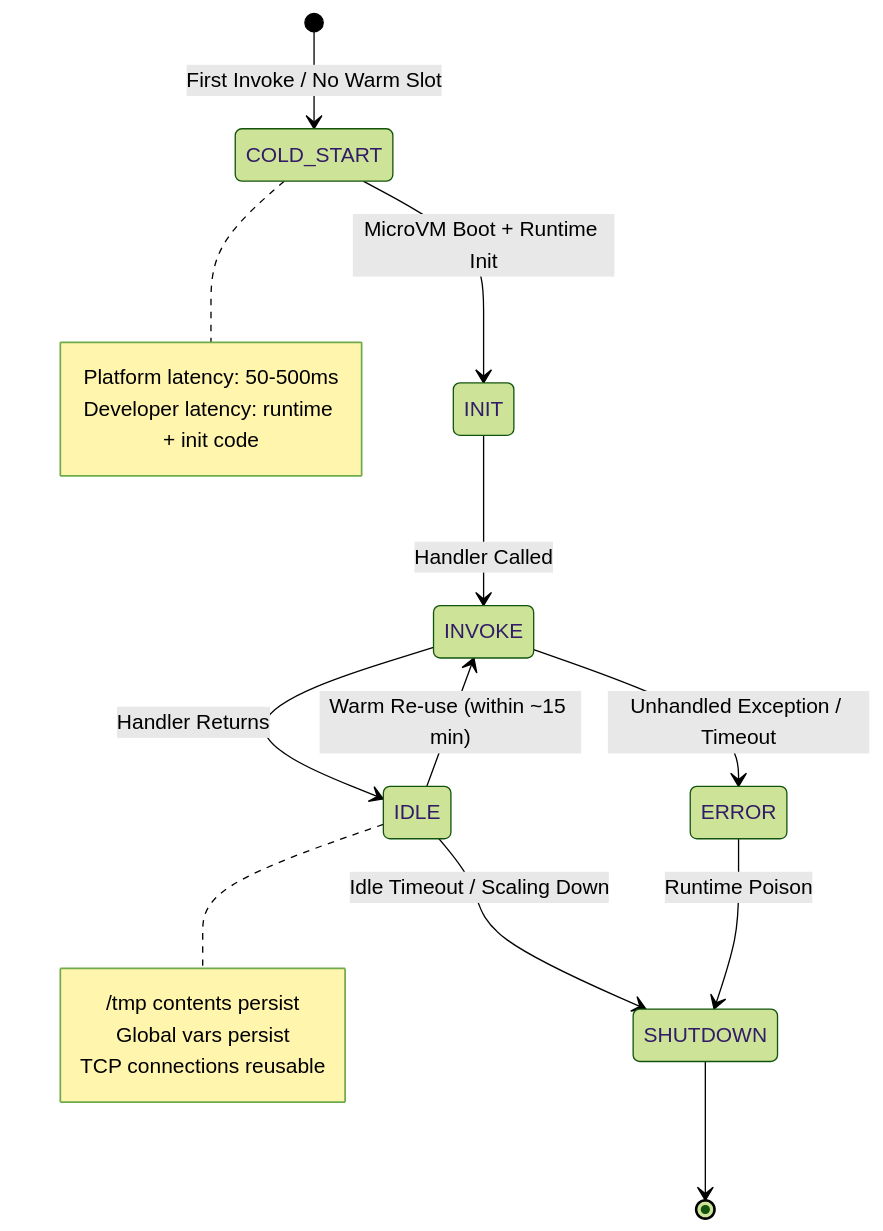
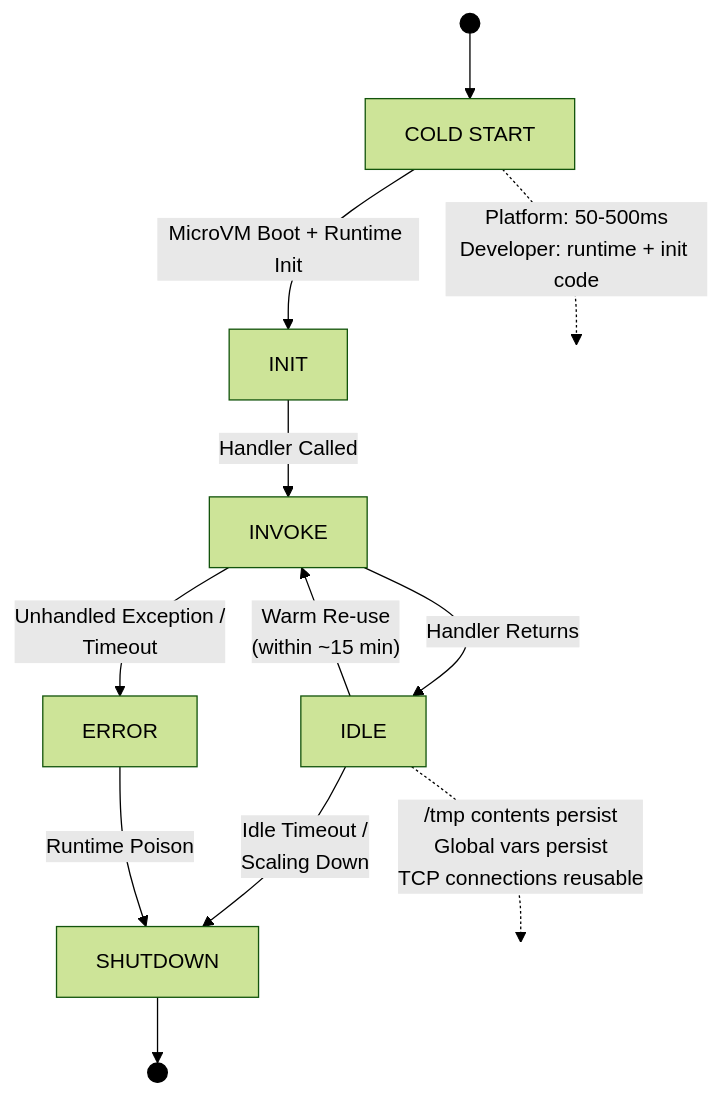
Before and after one commit to blebleblee/synapse: the second of 8 diagrams in topics/computing/infrastructure/cloud_native/lesson_05_serverless_architectures.md, drawn with Mermaid (forest theme). The commit also changed other lines of this file and 1464 other files, not shown here.

Commit message:
feat(release): curriculum vector mermaid upgrade, render hardening, and master synpack

````diff
--- a/topics/computing/infrastructure/cloud_native/lesson_05_serverless_architectures.md
+++ b/topics/computing/infrastructure/cloud_native/lesson_05_serverless_architectures.md
@@ -87,23 +87,20 @@
 ```mermaid
-stateDiagram-v2
-    [*] --> COLD_START : First Invoke / No Warm Slot
-    COLD_START --> INIT : MicroVM Boot + Runtime Init
-    INIT --> INVOKE : Handler Called
-    INVOKE --> IDLE : Handler Returns
-    IDLE --> INVOKE : Warm Re-use (within ~15 min)
-    IDLE --> SHUTDOWN : Idle Timeout / Scaling Down
-    INVOKE --> ERROR : Unhandled Exception / Timeout
-    ERROR --> SHUTDOWN : Runtime Poison
-    SHUTDOWN --> [*]
+flowchart TD
+    START((" ")) --> COLD_START["COLD START"]
+    COLD_START -->|"MicroVM Boot + Runtime Init"| INIT["INIT"]
+    INIT -->|"Handler Called"| INVOKE["INVOKE"]
+    INVOKE -->|"Handler Returns"| IDLE["IDLE"]
+    IDLE -->|"Warm Re-use<br/>(within ~15 min)"| INVOKE
+    IDLE -->|"Idle Timeout /<br/>Scaling Down"| SHUTDOWN["SHUTDOWN"]
+    INVOKE -->|"Unhandled Exception /<br/>Timeout"| ERROR["ERROR"]
+    ERROR -->|"Runtime Poison"| SHUTDOWN
+    SHUTDOWN --> END((" "))
 
-    note right of COLD_START
-        Platform latency: 50-500ms
-        Developer latency: runtime + init code
-    end note
-
-    note right of IDLE
-        /tmp contents persist
-        Global vars persist
-        TCP connections reusable
-    end note
+    COLD_START -.->|"Platform: 50-500ms<br/>Developer: runtime + init code"| NOTE1[" "]
+    IDLE -.->|"/tmp contents persist<br/>Global vars persist<br/>TCP connections reusable"| NOTE2[" "]
+    
+    style NOTE1 fill:none,stroke:none
+    style NOTE2 fill:none,stroke:none
+    style START fill:#000,stroke:#000
+    style END fill:#000,stroke:#000
 ```
````
